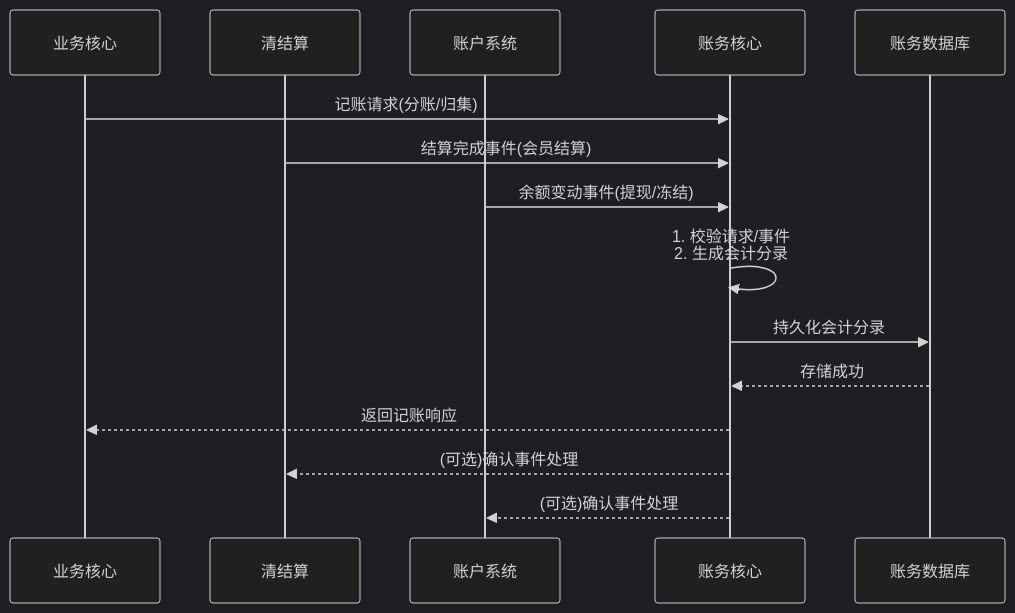
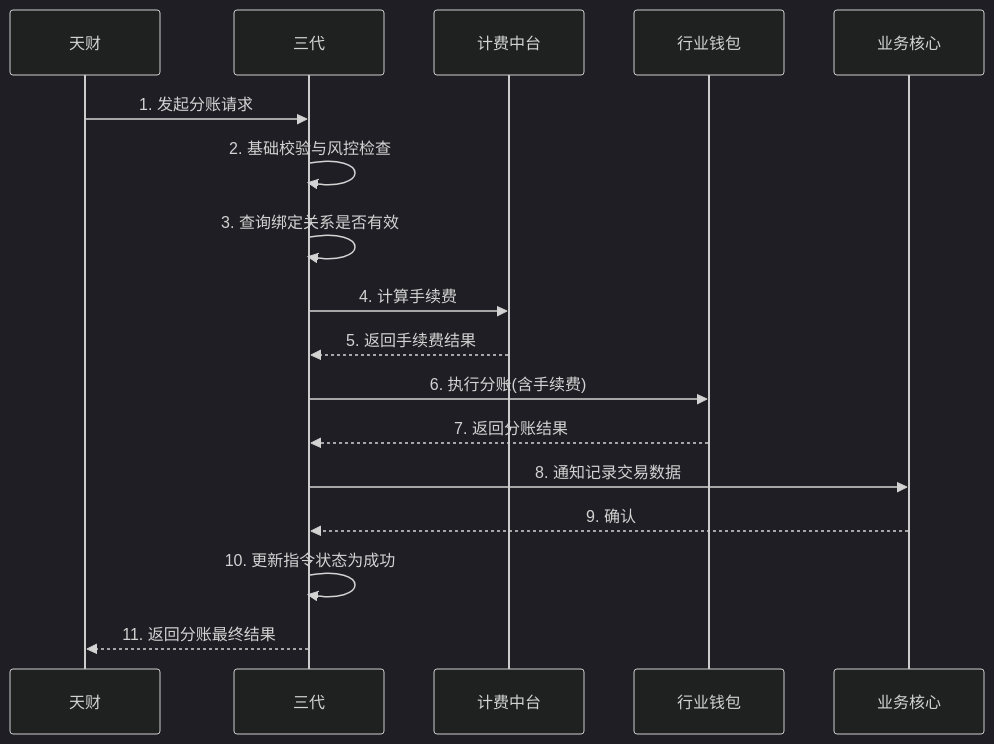
One commit to youzi211/AiCoding changed the sixth of 24 diagrams in data/天财分账需求/gpt-5.2/output/final_design_document.md. Above: the diagram before and after it, drawn with Mermaid (dark theme). The commit also changed other lines of this file and 41 other files, not shown here.

````diff
--- a/data/天财分账需求/gpt-5.2/output/final_design_document.md
+++ b/data/天财分账需求/gpt-5.2/output/final_design_document.md
@@ -392,19 +369,20 @@
 ```mermaid
 sequenceDiagram
-    participant 业务核心 as 业务核心
-    participant 清结算 as 清结算
-    participant 账户系统 as 账户系统
-    participant 账务核心 as 账务核心
-    participant 账务DB as 账务数据库
+    participant 天财
+    participant 三代
+    participant 计费中台
+    participant 行业钱包
+    participant 业务核心
 
-    业务核心->>账务核心: 记账请求(分账/归集)
-    清结算->>账务核心: 结算完成事件(会员结算)
-    账户系统->>账务核心: 余额变动事件(提现/冻结)
-
-    账务核心->>账务核心: 1. 校验请求/事件<br>2. 生成会计分录
-    账务核心->>账务DB: 持久化会计分录
-    账务DB-->>账务核心: 存储成功
-    账务核心-->>业务核心: 返回记账响应
-    账务核心-->>清结算: (可选)确认事件处理
-    账务核心-->>账户系统: (可选)确认事件处理
+    天财->>三代: 1. 发起分账请求
+    三代->>三代: 2. 基础校验与风控检查
+    三代->>三代: 3. 查询绑定关系是否有效
+    三代->>计费中台: 4. 计算手续费
+    计费中台-->>三代: 5. 返回手续费结果
+    三代->>行业钱包: 6. 执行分账(含手续费)
+    行业钱包-->>三代: 7. 返回分账结果
+    三代->>业务核心: 8. 通知记录交易数据
+    业务核心-->>三代: 9. 确认
+    三代->>三代: 10. 更新指令状态为成功
+    三代-->>天财: 11. 返回分账最终结果
 ```
````
